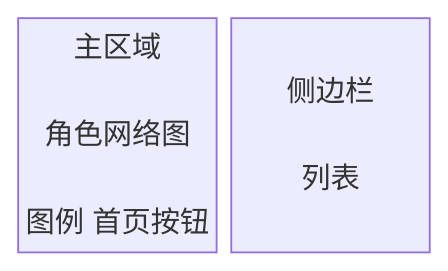
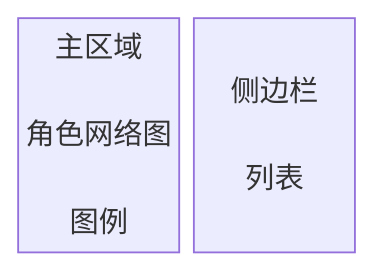
One commit to PoinTSHine/HSR_CW_NetWork changed the first of 2 diagrams in README.md. Above: the diagram before and after it, drawn with Mermaid. The commit also changed other lines of this file and 11 other files, not shown here.

````diff
--- a/README.md
+++ b/README.md
@@ -43,6 +44,6 @@
 ```mermaid
 block-beta
   columns 2
-  main["主区域\n\n角色网络图\n\n图例 首页按钮"]
+  main["主区域\n\n角色网络图\n\n图例"]
   sidebar["侧边栏\n\n列表"]
 ```
````
